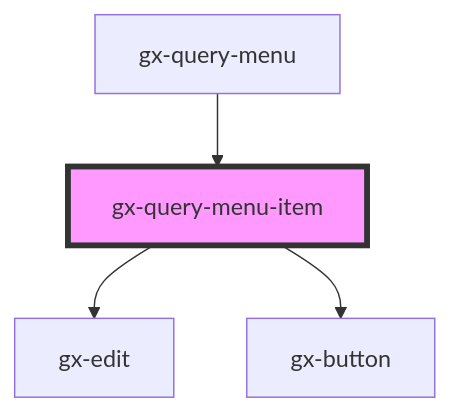
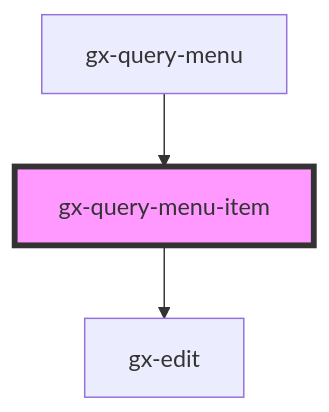
The diagram in src/components/gx-query/query-menu-item/readme.md (genexuslabs/reporting-controls-library), drawn with Mermaid before and after one commit. The commit also changed other lines of this file and 29 other files, not shown here.

````diff
--- a/src/components/gx-query/query-menu-item/readme.md
+++ b/src/components/gx-query/query-menu-item/readme.md
@@ -37,7 +59,6 @@
 ```mermaid
 graph TD;
   gx-query-menu-item --> gx-edit
-  gx-query-menu-item --> gx-button
   gx-query-menu --> gx-query-menu-item
   style gx-query-menu-item fill:#f9f,stroke:#333,stroke-width:4px
 ```
````
